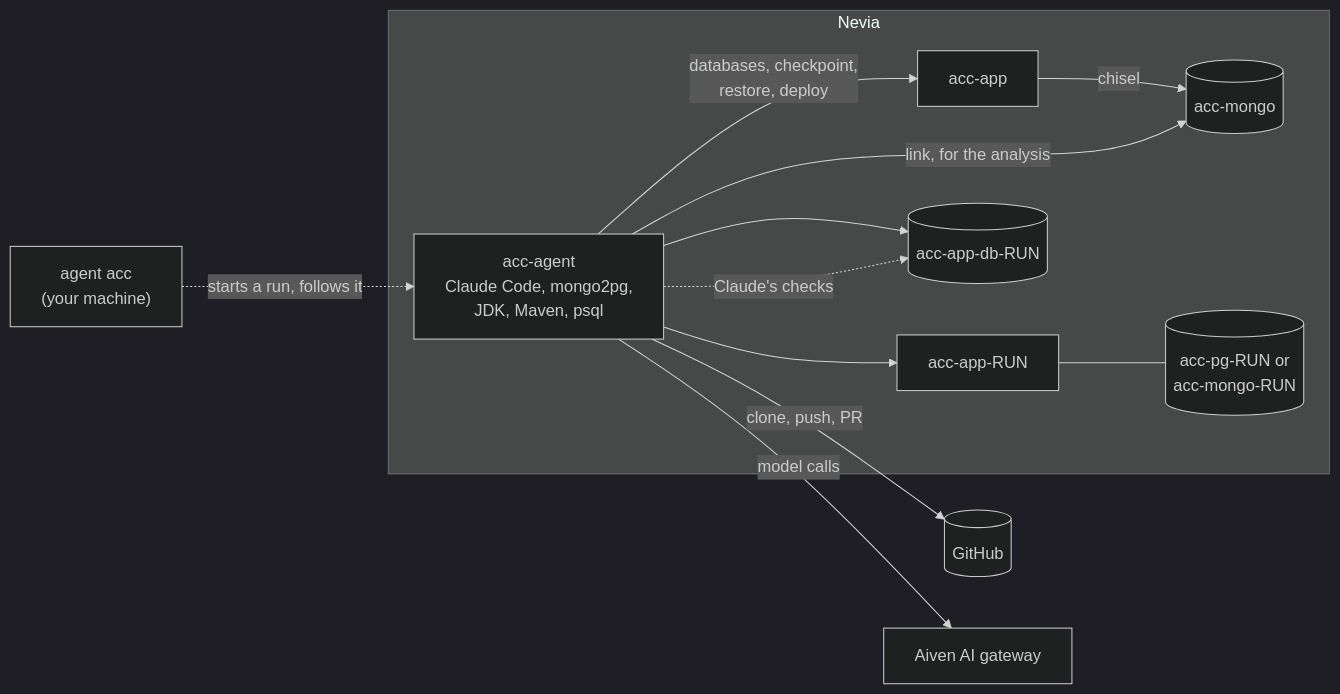
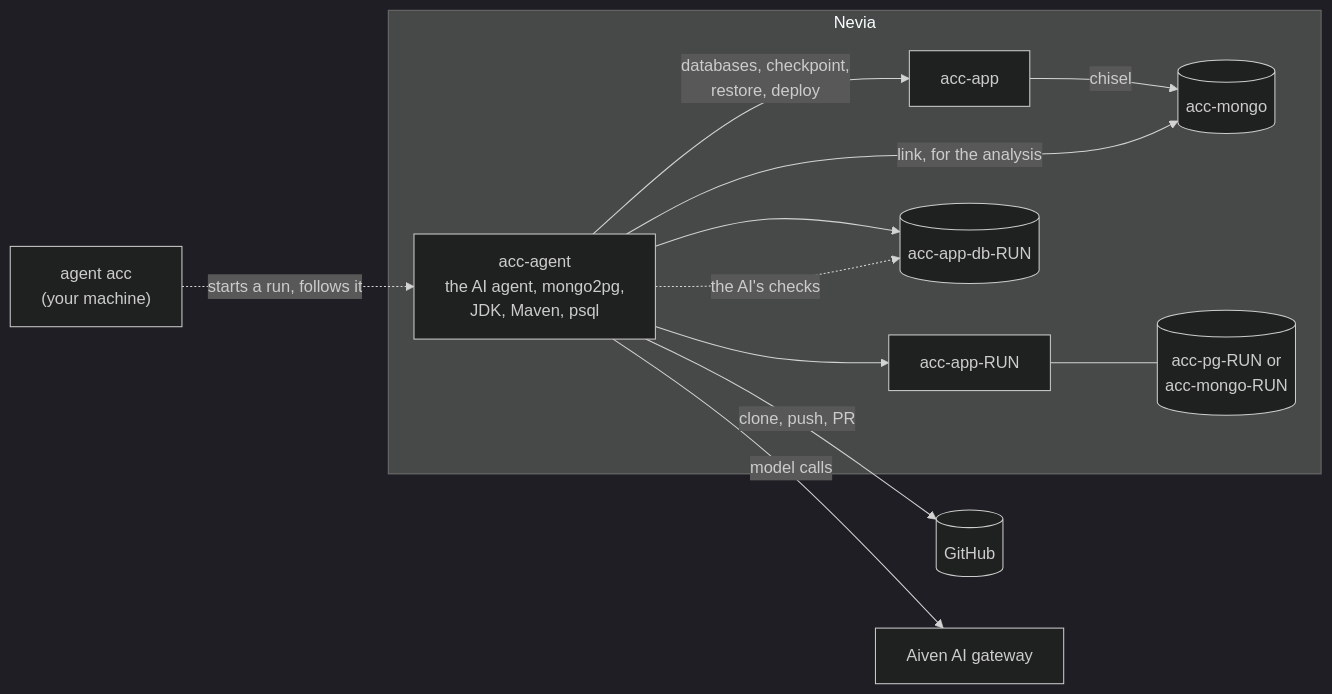
One commit to bertrandcedric/nevia-agent changed the first of 2 diagrams in docs/acc.md. Above: the diagram before and after it, drawn with Mermaid (dark theme). The commit also changed other lines of this file and 49 other files, not shown here.

````diff
--- a/docs/acc.md
+++ b/docs/acc.md
@@ -24,20 +25,20 @@
 ```mermaid
 flowchart LR
     cli["agent acc<br/>(your machine)"]
     github[("GitHub")]
     gateway["Aiven AI gateway"]
     subgraph nevia["Nevia"]
-        agent["acc-agent<br/>Claude Code, mongo2pg,<br/>JDK, Maven, psql"]
+        agent["acc-agent<br/>the AI agent, mongo2pg,<br/>JDK, Maven, psql"]
         app["acc-app"] -- "chisel" --> mongo[("acc-mongo")]
         sbapp["acc-app-RUN"] --- sbdb[("acc-pg-RUN or<br/>acc-mongo-RUN")]
         dev[("acc-app-db-RUN")]
     end
     cli -. "starts a run, follows it" .-> agent
     agent -- "databases, checkpoint,<br/>restore, deploy" --> app
     agent --> sbapp
     agent --> dev
     agent -- "link, for the analysis" --> mongo
-    agent -. "Claude's checks" .-> dev
+    agent -. "the AI's checks" .-> dev
     agent -- "clone, push, PR" --> github
     agent -- "model calls" --> gateway
 ```
````
